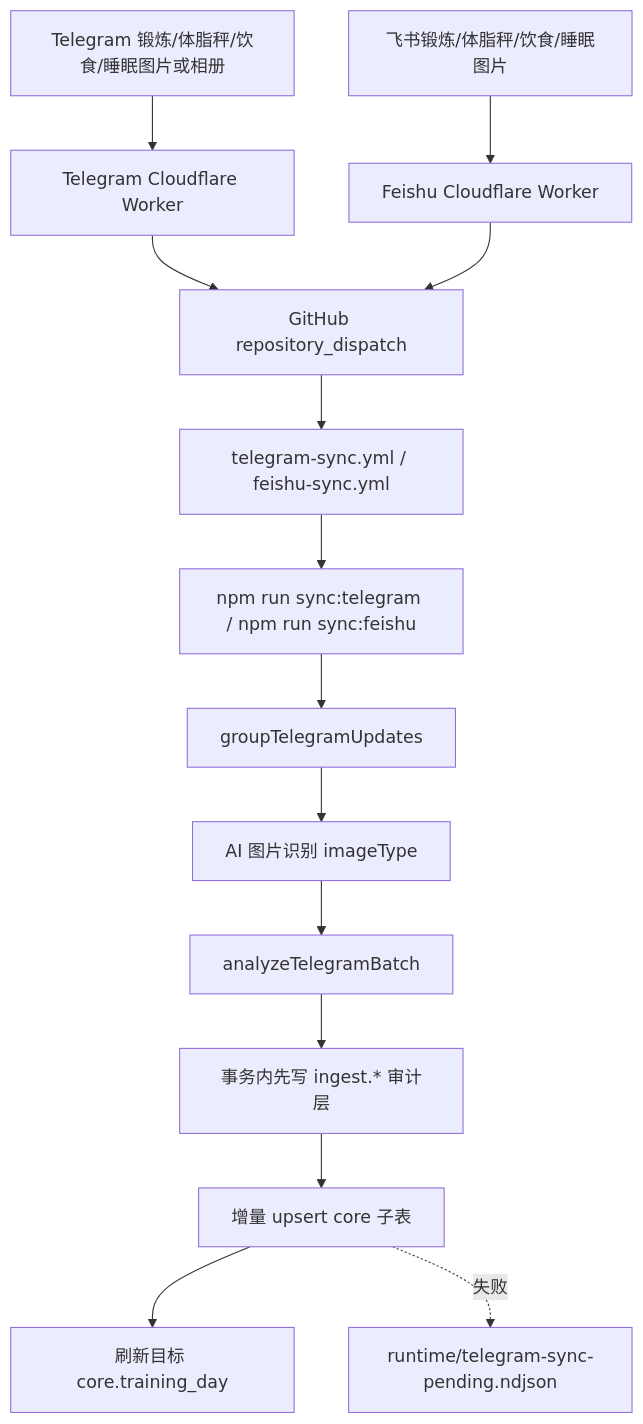
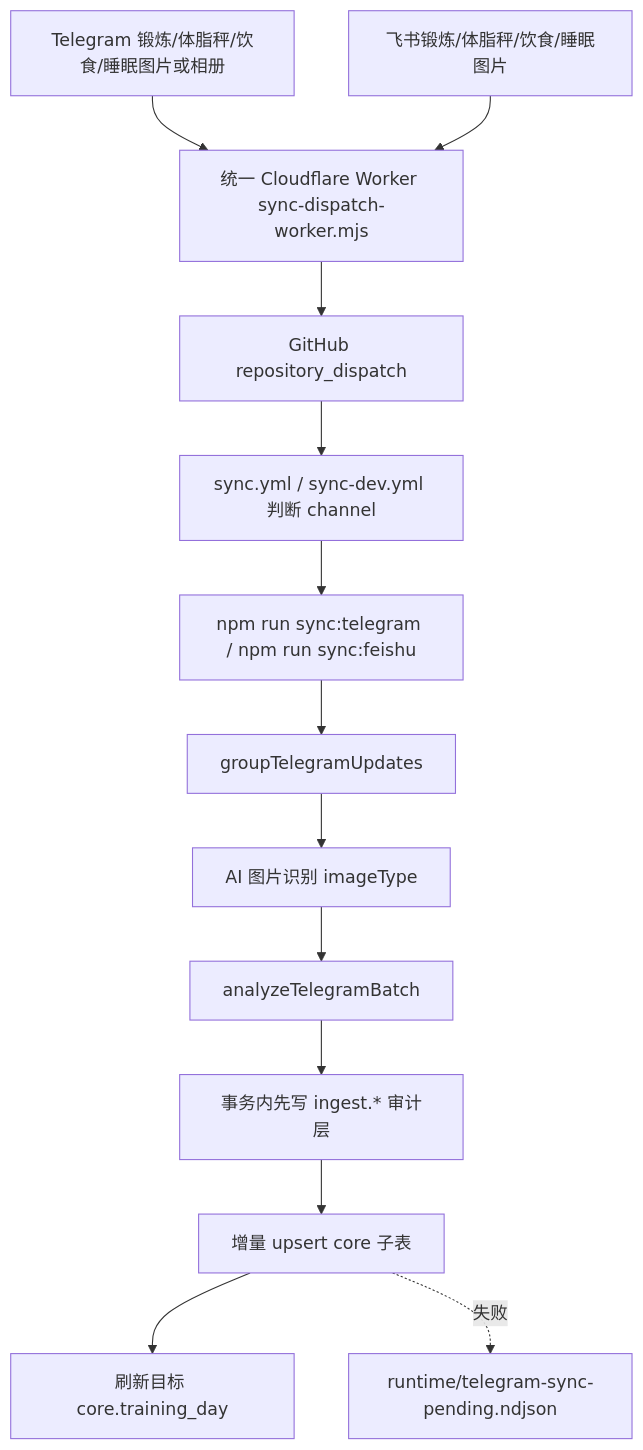
The second of 4 diagrams in docs/数据流转/数据流转说明.md (soulgo/training_records), drawn with Mermaid before and after one commit. The commit also changed other lines of this file and 6 other files, not shown here.

````diff
--- a/docs/数据流转/数据流转说明.md
+++ b/docs/数据流转/数据流转说明.md
@@ -24,16 +24,15 @@
 ```mermaid
 flowchart TD
-  T["Telegram 锻炼/体脂秤/饮食/睡眠图片或相册"] --> W["Telegram Cloudflare Worker"]
-  F["飞书锻炼/体脂秤/饮食/睡眠图片"] --> FW["Feishu Cloudflare Worker"]
-  W --> R["GitHub repository_dispatch"]
-  FW --> R
-  R --> A["telegram-sync.yml / feishu-sync.yml"]
+  T["Telegram 锻炼/体脂秤/饮食/睡眠图片或相册"] --> U["统一 Cloudflare Worker sync-dispatch-worker.mjs"]
+  F["飞书锻炼/体脂秤/饮食/睡眠图片"] --> U
+  U --> R["GitHub repository_dispatch"]
+  R --> A["sync.yml / sync-dev.yml 判断 channel"]
   A --> S["npm run sync:telegram / npm run sync:feishu"]
   S --> G["groupTelegramUpdates"]
   G --> AI["AI 图片识别 imageType"]
   AI --> N["analyzeTelegramBatch"]
   N --> I["事务内先写 ingest.* 审计层"]
   I --> DB["增量 upsert core 子表"]
   DB --> D["刷新目标 core.training_day"]
   DB -. "失败" .-> Q["runtime/telegram-sync-pending.ndjson"]
 ```
````
